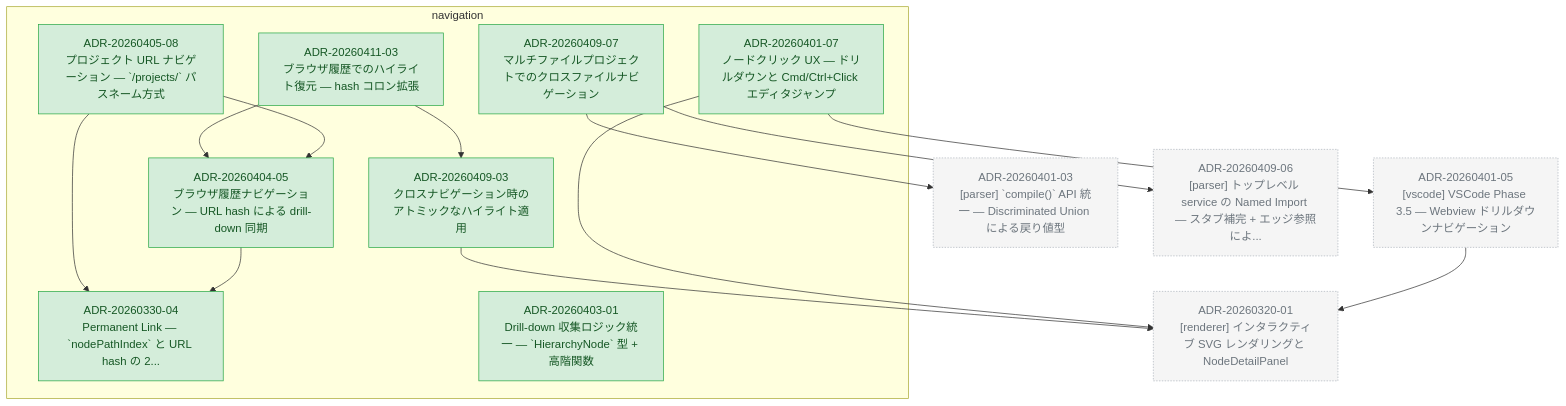
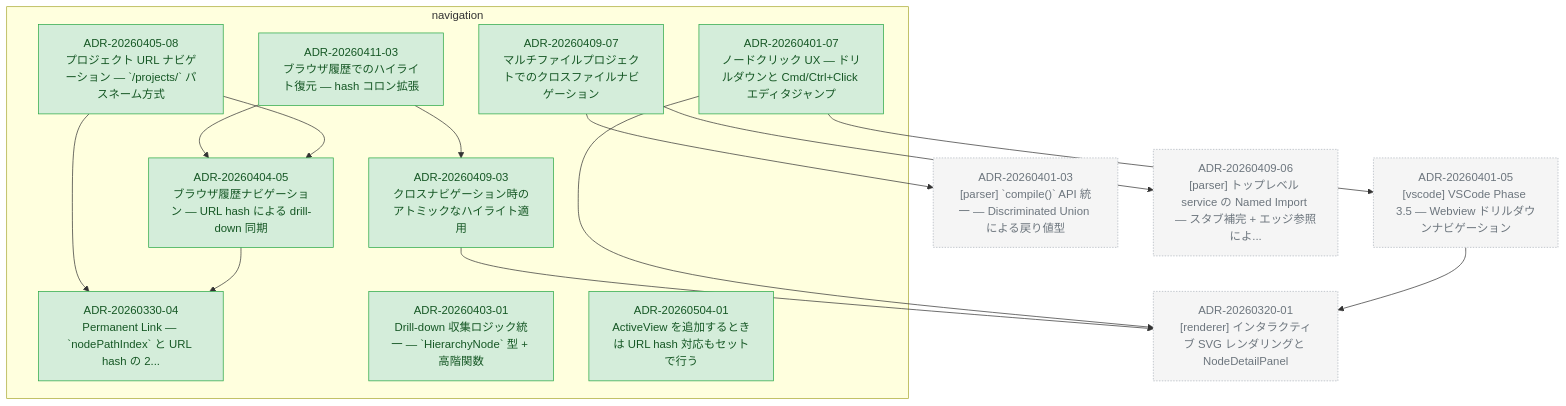
Before and after one commit to kompiro/karasu: the diagram in docs/adr/graph/navigation.md, drawn with Mermaid. The commit also changed other lines of this file and 4 other files, not shown here.

First line of the commit message:
docs(adr): require URL hash support when adding a new ActiveView

````diff
--- a/docs/adr/graph/navigation.md
+++ b/docs/adr/graph/navigation.md
@@ -6,47 +6,49 @@
 ```mermaid
 flowchart TD
   subgraph navigation["navigation"]
     ADR_20260330_04["ADR-20260330-04<br/>Permanent Link — `nodePathIndex` と URL hash の 2..."]
     ADR_20260401_07["ADR-20260401-07<br/>ノードクリック UX — ドリルダウンと Cmd/Ctrl+Click エディタジャンプ"]
     ADR_20260403_01["ADR-20260403-01<br/>Drill-down 収集ロジック統一 — `HierarchyNode` 型 + 高階関数"]
     ADR_20260404_05["ADR-20260404-05<br/>ブラウザ履歴ナビゲーション — URL hash による drill-down 同期"]
     ADR_20260405_08["ADR-20260405-08<br/>プロジェクト URL ナビゲーション — `/projects/<uuid>` パスネーム方式"]
     ADR_20260409_03["ADR-20260409-03<br/>クロスナビゲーション時のアトミックなハイライト適用"]
     ADR_20260409_07["ADR-20260409-07<br/>マルチファイルプロジェクトでのクロスファイルナビゲーション"]
     ADR_20260411_03["ADR-20260411-03<br/>ブラウザ履歴でのハイライト復元 — hash コロン拡張"]
+    ADR_20260504_01["ADR-20260504-01<br/>ActiveView を追加するときは URL hash 対応もセットで行う"]
   end
   ADR_20260320_01["ADR-20260320-01<br/>[renderer] インタラクティブ SVG レンダリングと NodeDetailPanel"]
   ADR_20260401_03["ADR-20260401-03<br/>[parser] `compile()` API 統一 — Discriminated Union による戻り値型"]
   ADR_20260401_05["ADR-20260401-05<br/>[vscode] VSCode Phase 3.5 — Webview ドリルダウンナビゲーション"]
   ADR_20260409_06["ADR-20260409-06<br/>[parser] トップレベル service の Named Import — スタブ補完 + エッジ参照によ..."]
   ADR_20260401_07 --> ADR_20260320_01
   ADR_20260401_07 --> ADR_20260401_05
   ADR_20260404_05 --> ADR_20260330_04
   ADR_20260405_08 --> ADR_20260404_05
   ADR_20260405_08 --> ADR_20260330_04
   ADR_20260409_03 --> ADR_20260320_01
   ADR_20260409_07 --> ADR_20260409_06
   ADR_20260409_07 --> ADR_20260401_03
   ADR_20260411_03 --> ADR_20260409_03
   ADR_20260411_03 --> ADR_20260404_05
   ADR_20260401_05 --> ADR_20260320_01
 
   classDef accepted fill:#d4edda,stroke:#28a745,color:#155724
   classDef proposed fill:#fff3cd,stroke:#ffc107,color:#856404
   classDef deprecated fill:#f8d7da,stroke:#dc3545,color:#721c24
   classDef superseded fill:#e2e3e5,stroke:#6c757d,color:#383d41
   classDef not_adopted fill:#e2e3e5,stroke:#6c757d,color:#383d41,stroke-dasharray:3 3
   classDef ghost fill:#f5f5f5,stroke:#adb5bd,color:#6c757d,stroke-dasharray:2 2
   class ADR_20260330_04 accepted
   class ADR_20260401_07 accepted
   class ADR_20260403_01 accepted
   class ADR_20260404_05 accepted
   class ADR_20260405_08 accepted
   class ADR_20260409_03 accepted
   class ADR_20260409_07 accepted
   class ADR_20260411_03 accepted
+  class ADR_20260504_01 accepted
   class ADR_20260320_01 ghost
   class ADR_20260401_03 ghost
   class ADR_20260401_05 ghost
   class ADR_20260409_06 ghost
 ```
````
